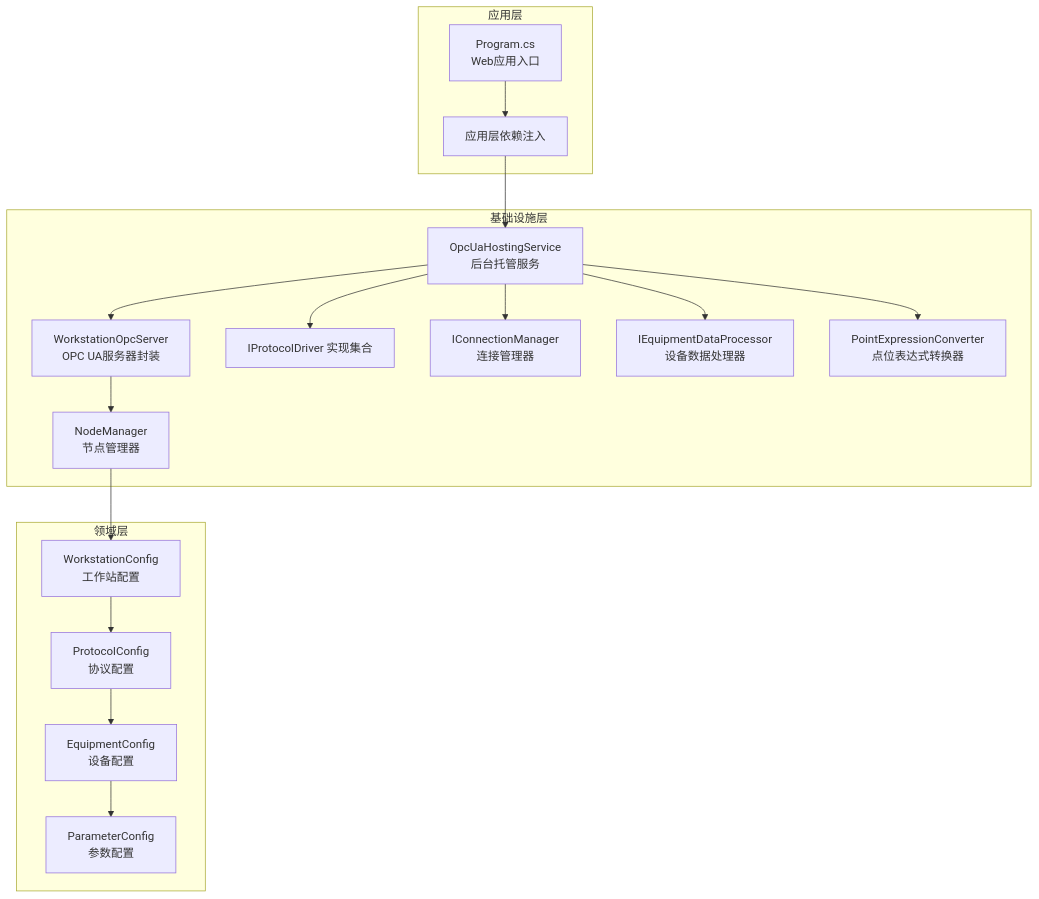
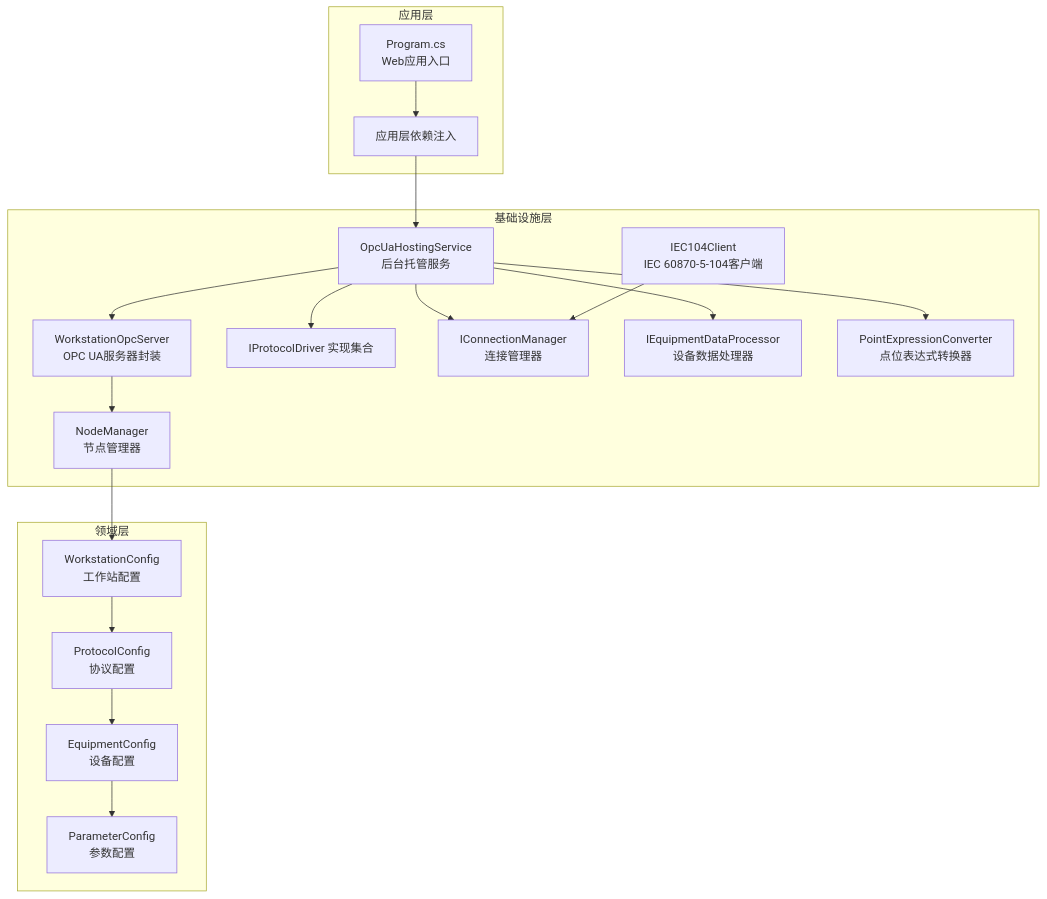
Before and after one commit to whitemousetl/IndustrialDataSolution: the first of 11 diagrams in .qoder/repowiki/zh/content/OPC UA集成/OPC UA集成.md, drawn with Mermaid. The commit also changed other lines of this file and 18 other files, not shown here.

````diff
--- a/.qoder/repowiki/zh/content/OPC UA集成/OPC UA集成.md
+++ b/.qoder/repowiki/zh/content/OPC UA集成/OPC UA集成.md
@@ -42,34 +64,36 @@
 ```mermaid
 graph TB
 subgraph "应用层"
 API_Program["Program.cs<br/>Web应用入口"]
 App_DI["应用层依赖注入"]
 end
 subgraph "基础设施层"
 HostSvc["OpcUaHostingService<br/>后台托管服务"]
 Server["WorkstationOpcServer<br/>OPC UA服务器封装"]
 NM["NodeManager<br/>节点管理器"]
 Drv["IProtocolDriver 实现集合"]
 ConnMgr["IConnectionManager<br/>连接管理器"]
 Proc["IEquipmentDataProcessor<br/>设备数据处理器"]
 Conv["PointExpressionConverter<br/>点位表达式转换器"]
+IEC104["IEC104Client<br/>IEC 60870-5-104客户端"]
 end
 subgraph "领域层"
 WSCfg["WorkstationConfig<br/>工作站配置"]
 ProtoCfg["ProtocolConfig<br/>协议配置"]
 EqCfg["EquipmentConfig<br/>设备配置"]
 ParamCfg["ParameterConfig<br/>参数配置"]
 end
 API_Program --> App_DI
 App_DI --> HostSvc
 HostSvc --> Server
 Server --> NM
 HostSvc --> Drv
 HostSvc --> ConnMgr
 HostSvc --> Proc
 HostSvc --> Conv
 NM --> WSCfg
 WSCfg --> ProtoCfg
 ProtoCfg --> EqCfg
 EqCfg --> ParamCfg
+IEC104 --> ConnMgr
 ```
````
